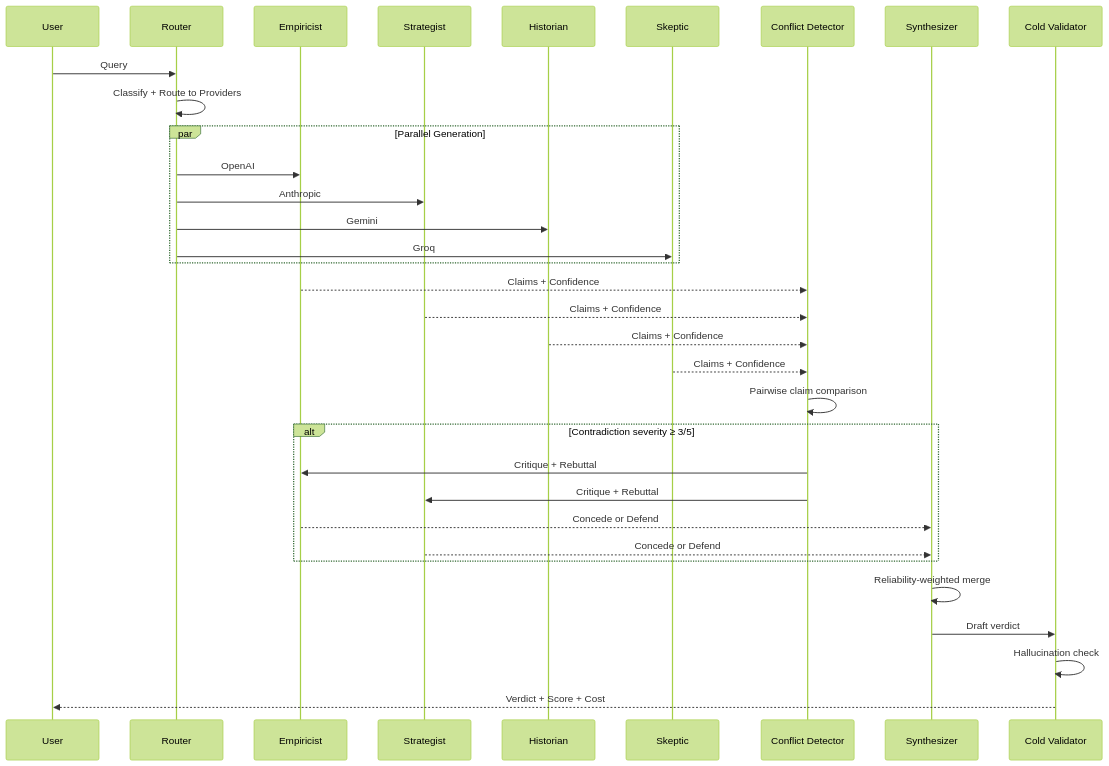
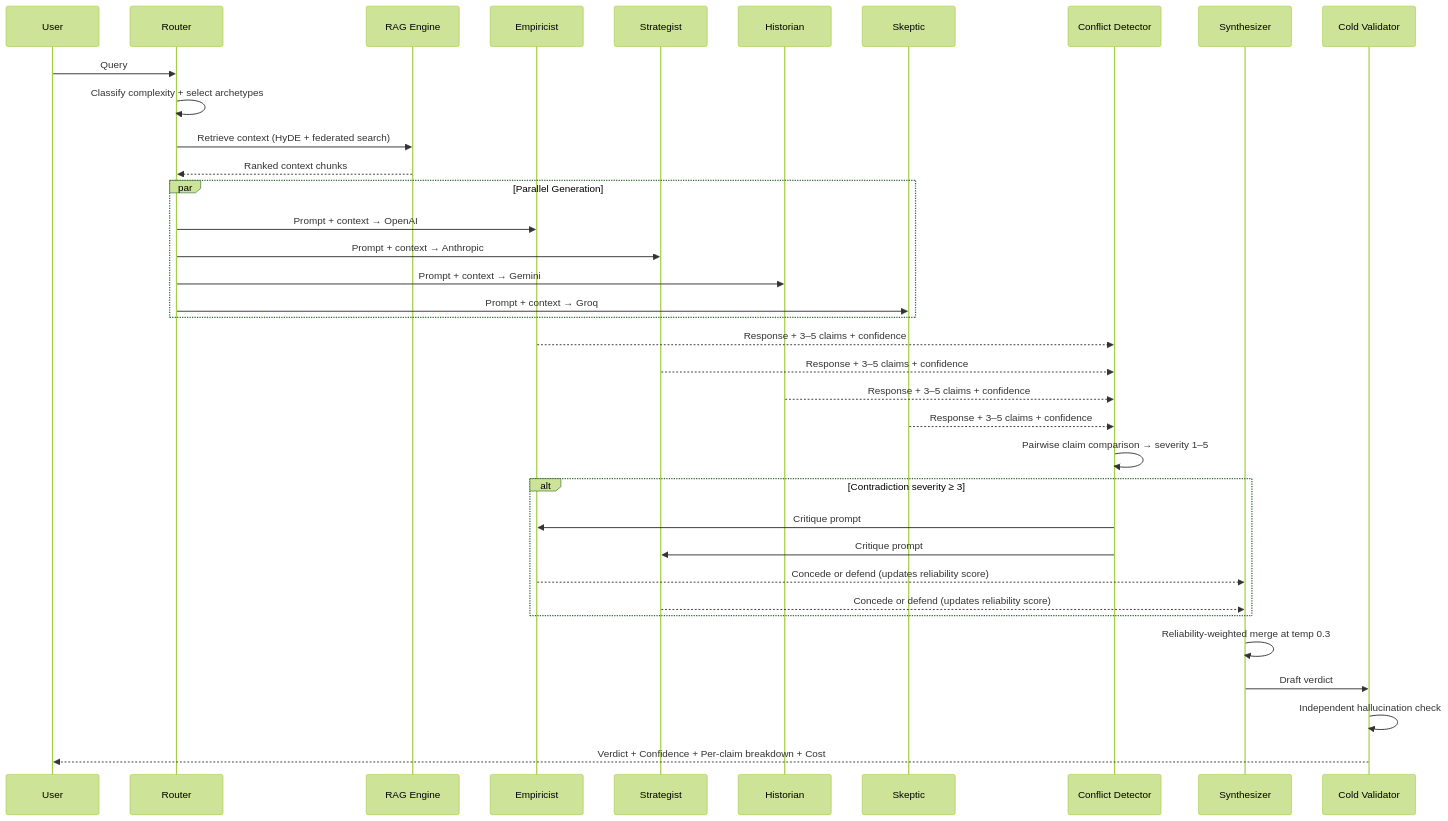
One commit to Yash-Awasthi/Judica changed the first of 2 diagrams in README.md. Above: the diagram before and after it, drawn with Mermaid (forest theme). The commit also changed other lines of this file and 5 other files, not shown here.

````diff
--- a/README.md
+++ b/README.md
@@ -48,41 +45,44 @@
 ```mermaid
 sequenceDiagram
     participant U as User
     participant R as Router
+    participant RAG as RAG Engine
     participant A1 as Empiricist
     participant A2 as Strategist
     participant A3 as Historian
     participant A4 as Skeptic
     participant CD as Conflict Detector
     participant S as Synthesizer
     participant V as Cold Validator
 
     U->>R: Query
-    R->>R: Classify + Route to Providers
+    R->>R: Classify complexity + select archetypes
+    R->>RAG: Retrieve context (HyDE + federated search)
+    RAG-->>R: Ranked context chunks
 
     par Parallel Generation
-        R->>A1: OpenAI
-        R->>A2: Anthropic
-        R->>A3: Gemini
-        R->>A4: Groq
+        R->>A1: Prompt + context → OpenAI
+        R->>A2: Prompt + context → Anthropic
+        R->>A3: Prompt + context → Gemini
+        R->>A4: Prompt + context → Groq
     end
 
-    A1-->>CD: Claims + Confidence
-    A2-->>CD: Claims + Confidence
-    A3-->>CD: Claims + Confidence
-    A4-->>CD: Claims + Confidence
+    A1-->>CD: Response + 3–5 claims + confidence
+    A2-->>CD: Response + 3–5 claims + confidence
+    A3-->>CD: Response + 3–5 claims + confidence
+    A4-->>CD: Response + 3–5 claims + confidence
 
-    CD->>CD: Pairwise claim comparison
+    CD->>CD: Pairwise claim comparison → severity 1–5
 
-    alt Contradiction severity ≥ 3/5
-        CD->>A1: Critique + Rebuttal
-        CD->>A2: Critique + Rebuttal
-        A1-->>S: Concede or Defend
-        A2-->>S: Concede or Defend
+    alt Contradiction severity ≥ 3
+        CD->>A1: Critique prompt
+        CD->>A2: Critique prompt
+        A1-->>S: Concede or defend (updates reliability score)
+        A2-->>S: Concede or defend (updates reliability score)
     end
 
-    S->>S: Reliability-weighted merge
+    S->>S: Reliability-weighted merge at temp 0.3
     S->>V: Draft verdict
-    V->>V: Hallucination check
-    V-->>U: Verdict + Score + Cost
+    V->>V: Independent hallucination check
+    V-->>U: Verdict + Confidence + Per-claim breakdown + Cost
 ```
````
